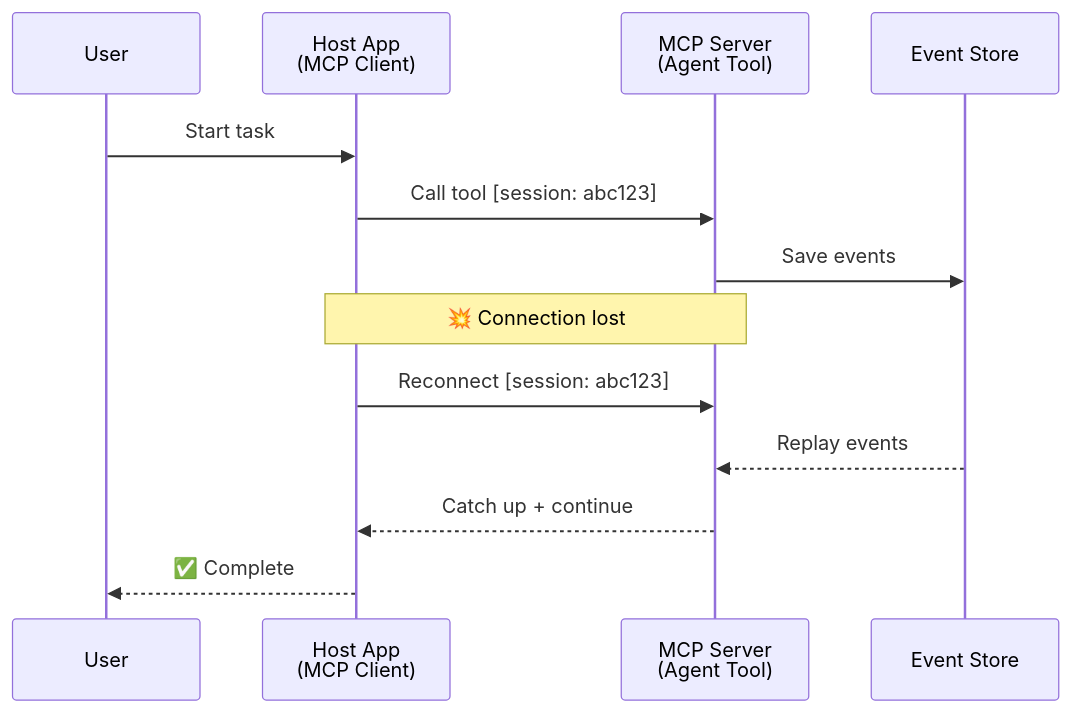
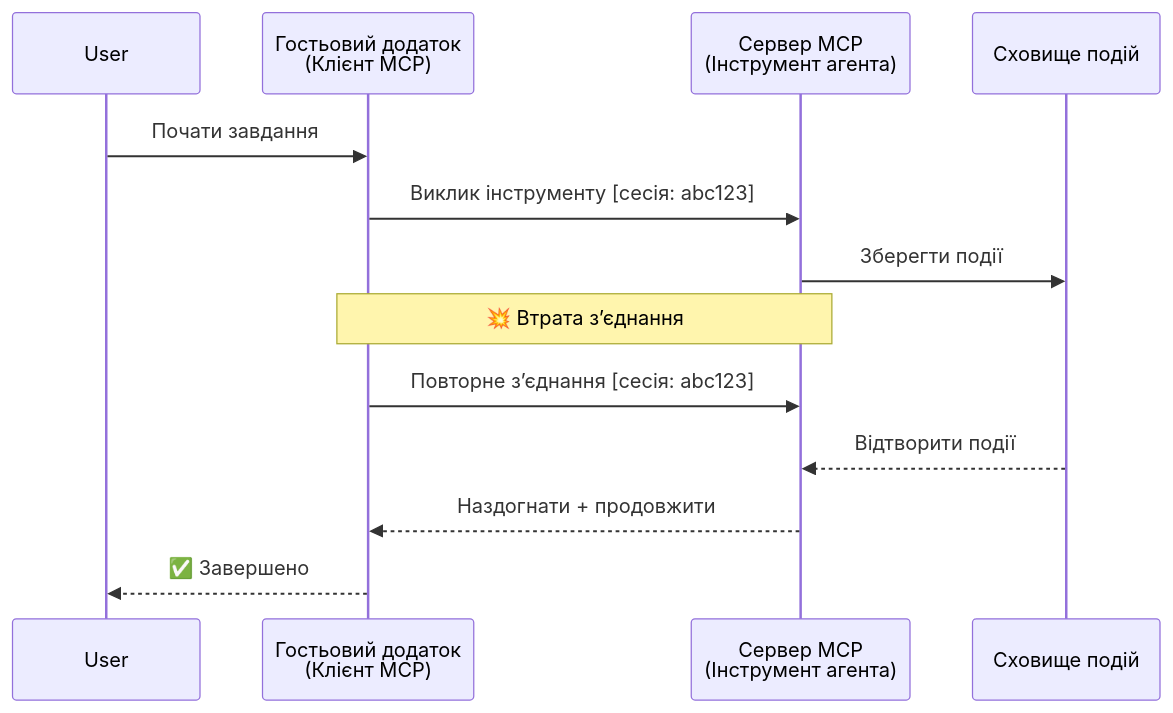
The second of 5 diagrams in translations/uk/11-agentic-protocols/code_samples/mcp-agents/README.md (microsoft/ai-agents-for-beginners), drawn with Mermaid before and after one commit. The commit also changed other lines of this file and 225 other files, not shown here.

````diff
--- a/translations/uk/11-agentic-protocols/code_samples/mcp-agents/README.md
+++ b/translations/uk/11-agentic-protocols/code_samples/mcp-agents/README.md
@@ -82,18 +82,18 @@
 ```mermaid
 sequenceDiagram
     participant User
-    participant Host as Host App<br/>(MCP Client)
-    participant Server as MCP Server<br/>(Agent Tool)
-    participant Store as Event Store
+    participant Host as Гостьовий додаток<br/>(Клієнт MCP)
+    participant Server as Сервер MCP<br/>(Інструмент агента)
+    participant Store as Сховище подій
 
-    User->>Host: Start task
-    Host->>Server: Call tool [session: abc123]
-    Server->>Store: Save events
+    User->>Host: Почати завдання
+    Host->>Server: Виклик інструменту [сесія: abc123]
+    Server->>Store: Зберегти події
 
-    Note over Host,Server: 💥 Connection lost
+    Note over Host,Server: 💥 Втрата з’єднання
 
-    Host->>Server: Reconnect [session: abc123]
-    Store-->>Server: Replay events
-    Server-->>Host: Catch up + continue
-    Host-->>User: ✅ Complete
+    Host->>Server: Повторне з’єднання [сесія: abc123]
+    Store-->>Server: Відтворити події
+    Server-->>Host: Наздогнати + продовжити
+    Host-->>User: ✅ Завершено
 ```
````
